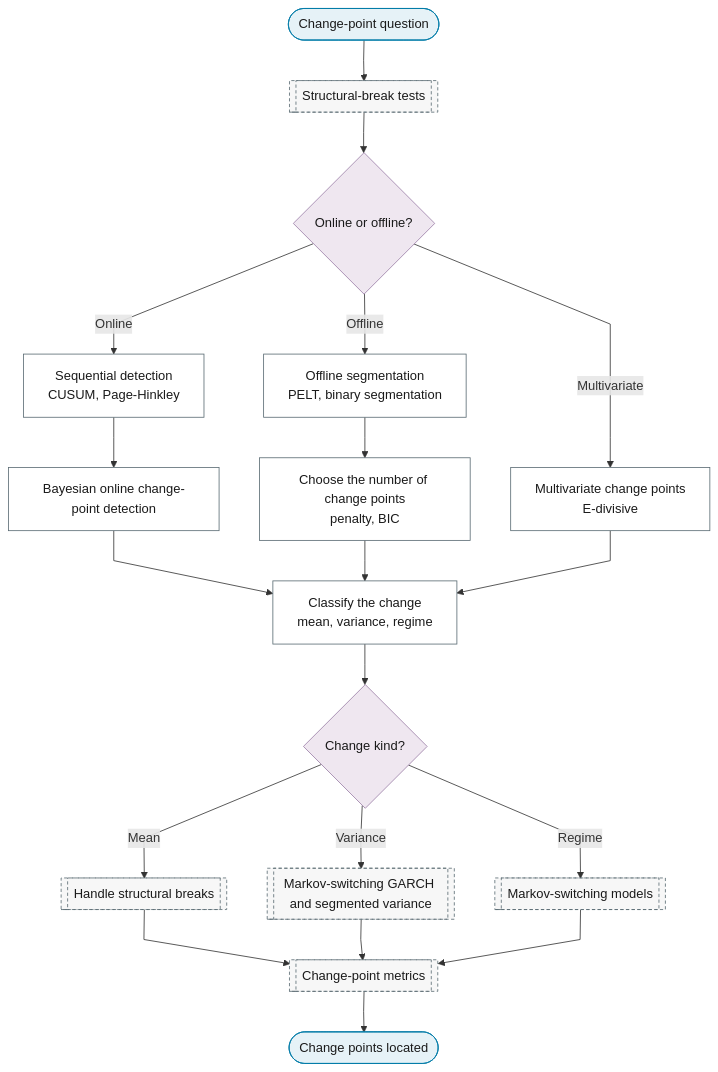
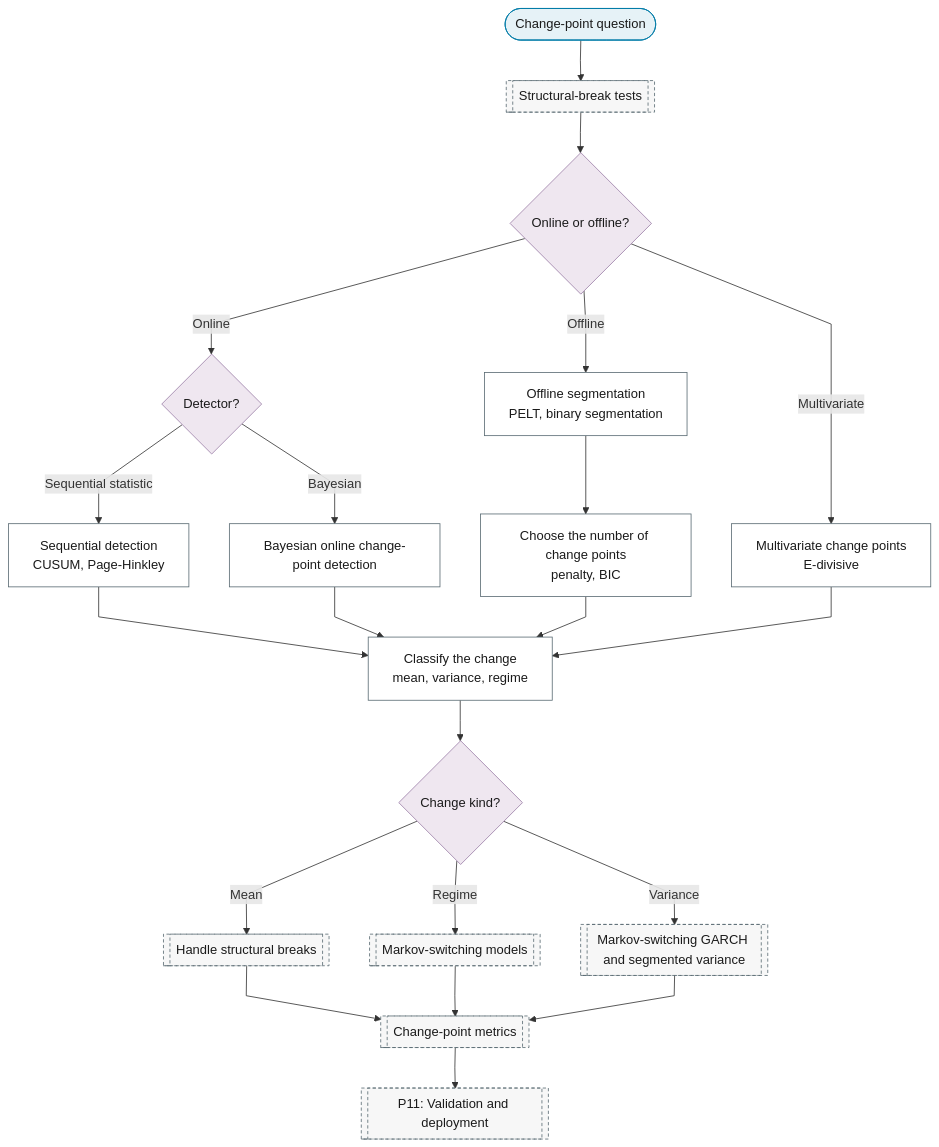
Before and after one commit to Shuxin-Y/time-series-analysis-manual: the diagram in docs/01-workflow/p02-purpose/04-change-point-detection.md, drawn with Mermaid. The commit also changed 9 other files, not shown here.

First line of the commit message:
fix(flowchart): purpose charts route through the spine and end at P11

````diff
--- a/docs/01-workflow/p02-purpose/04-change-point-detection.md
+++ b/docs/01-workflow/p02-purpose/04-change-point-detection.md
@@ -7,30 +7,31 @@
 ```mermaid
 %%{init: {"flowchart": {"curve": "linear"}}}%%
 graph TD
     P2_CP_IN(["Change-point question"]) --> P3_STRUCTURAL_BREAKS[["Structural-break tests"]]
     P3_STRUCTURAL_BREAKS --> P2_CP_MODE{"Online or offline?"}
-    P2_CP_MODE -->|"Online"| P2_CP_CUSUM["Sequential detection<br/>CUSUM, Page-Hinkley"]
+    P2_CP_MODE -->|"Online"| P2_CP_ONLINE{"Detector?"}
     P2_CP_MODE -->|"Offline"| P2_CP_PELT["Offline segmentation<br/>PELT, binary segmentation"]
     P2_CP_MODE -->|"Multivariate"| P2_CP_MULTIVARIATE["Multivariate change points<br/>E-divisive"]
-    P2_CP_CUSUM --> P2_CP_BOCPD["Bayesian online change-point detection"]
+    P2_CP_ONLINE -->|"Sequential statistic"| P2_CP_CUSUM["Sequential detection<br/>CUSUM, Page-Hinkley"]
+    P2_CP_ONLINE -->|"Bayesian"| P2_CP_BOCPD["Bayesian online change-point detection"]
     P2_CP_PELT --> P2_CP_PENALTY["Choose the number of change points<br/>penalty, BIC"]
-    P2_CP_BOCPD & P2_CP_PENALTY & P2_CP_MULTIVARIATE --> P2_CP_TYPE["Classify the change<br/>mean, variance, regime"]
+    P2_CP_CUSUM & P2_CP_BOCPD & P2_CP_PENALTY & P2_CP_MULTIVARIATE --> P2_CP_TYPE["Classify the change<br/>mean, variance, regime"]
     P2_CP_TYPE --> P2_CP_KIND{"Change kind?"}
     P2_CP_KIND -->|"Mean"| P4_BREAK_HANDLING[["Handle structural breaks"]]
+    P2_CP_KIND -->|"Regime"| P6_MARKOV_SWITCHING[["Markov-switching models"]]
     P2_CP_KIND -->|"Variance"| P7_MS_GARCH[["Markov-switching GARCH and segmented variance"]]
-    P2_CP_KIND -->|"Regime"| P6_MARKOV_SWITCHING[["Markov-switching models"]]
-    P4_BREAK_HANDLING & P7_MS_GARCH & P6_MARKOV_SWITCHING --> P11_CHANGE_POINT_METRICS[["Change-point metrics"]]
-    P11_CHANGE_POINT_METRICS --> P2_CP_OUT(["Change points located"])
-    class P2_CP_IN,P2_CP_OUT terminator
-    class P2_CP_MODE,P2_CP_KIND decision
-    class P2_CP_CUSUM,P2_CP_PELT,P2_CP_MULTIVARIATE,P2_CP_BOCPD,P2_CP_PENALTY,P2_CP_TYPE process
-    class P3_STRUCTURAL_BREAKS,P4_BREAK_HANDLING,P7_MS_GARCH,P6_MARKOV_SWITCHING,P11_CHANGE_POINT_METRICS ref
+    P4_BREAK_HANDLING & P6_MARKOV_SWITCHING & P7_MS_GARCH --> P11_CHANGE_POINT_METRICS[["Change-point metrics"]]
+    P11_CHANGE_POINT_METRICS --> P11[["P11: Validation and deployment"]]
+    class P2_CP_IN terminator
+    class P2_CP_MODE,P2_CP_ONLINE,P2_CP_KIND decision
+    class P2_CP_PELT,P2_CP_MULTIVARIATE,P2_CP_CUSUM,P2_CP_BOCPD,P2_CP_PENALTY,P2_CP_TYPE process
+    class P3_STRUCTURAL_BREAKS,P4_BREAK_HANDLING,P6_MARKOV_SWITCHING,P7_MS_GARCH,P11_CHANGE_POINT_METRICS,P11 ref
     classDef terminator fill:#E6F2F7,stroke:#007BA7,color:#1A1A1A;
     classDef process fill:#FFFFFF,stroke:#5A6B73,color:#1A1A1A;
     classDef decision fill:#EFE7F0,stroke:#9B7FA7,color:#1A1A1A;
     classDef data fill:#FFF4E0,stroke:#C9A55E,color:#1A1A1A;
     classDef good fill:#DCEFD8,stroke:#4A7A3F,color:#1A1A1A;
     classDef escalate fill:#FFE9C2,stroke:#C9A55E,color:#1A1A1A;
     classDef problem fill:#F2D9DE,stroke:#800020,color:#1A1A1A;
     classDef ref fill:#F7F7F7,stroke:#5A6B73,color:#1A1A1A,stroke-dasharray:4 3;
 ```
````
